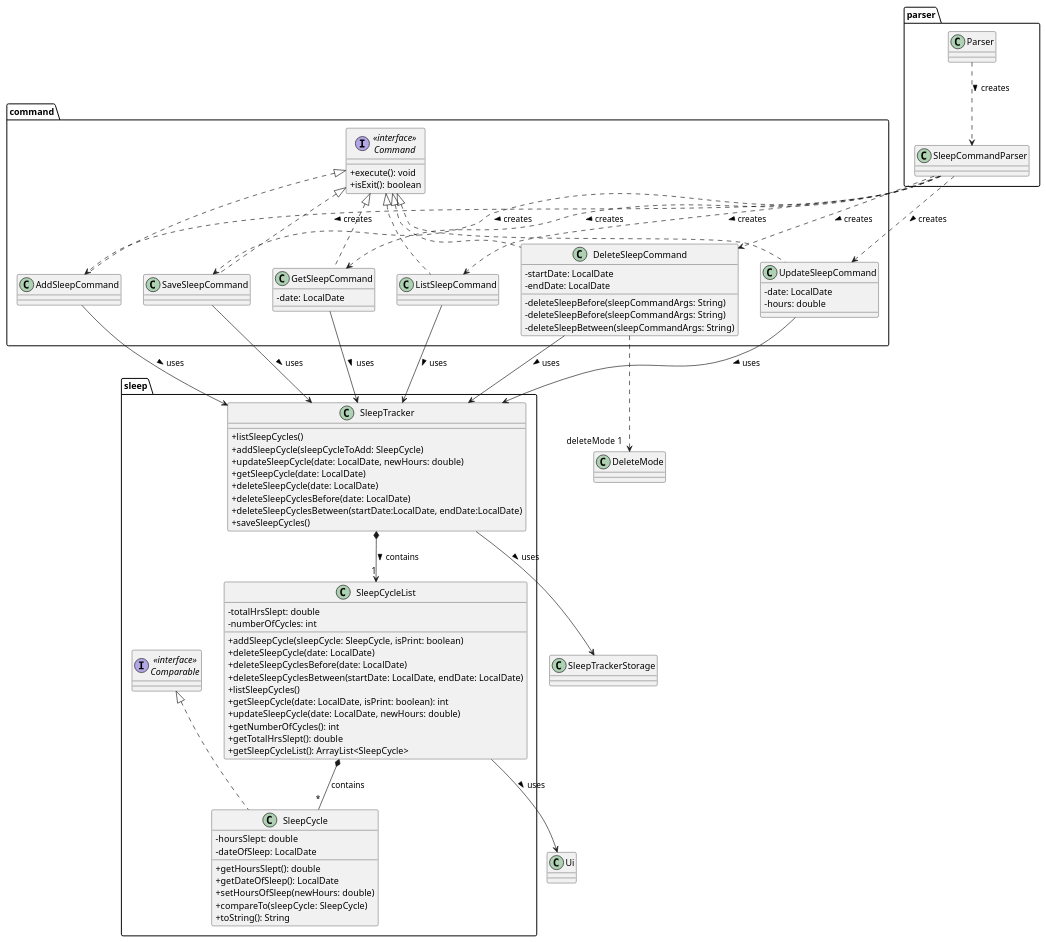
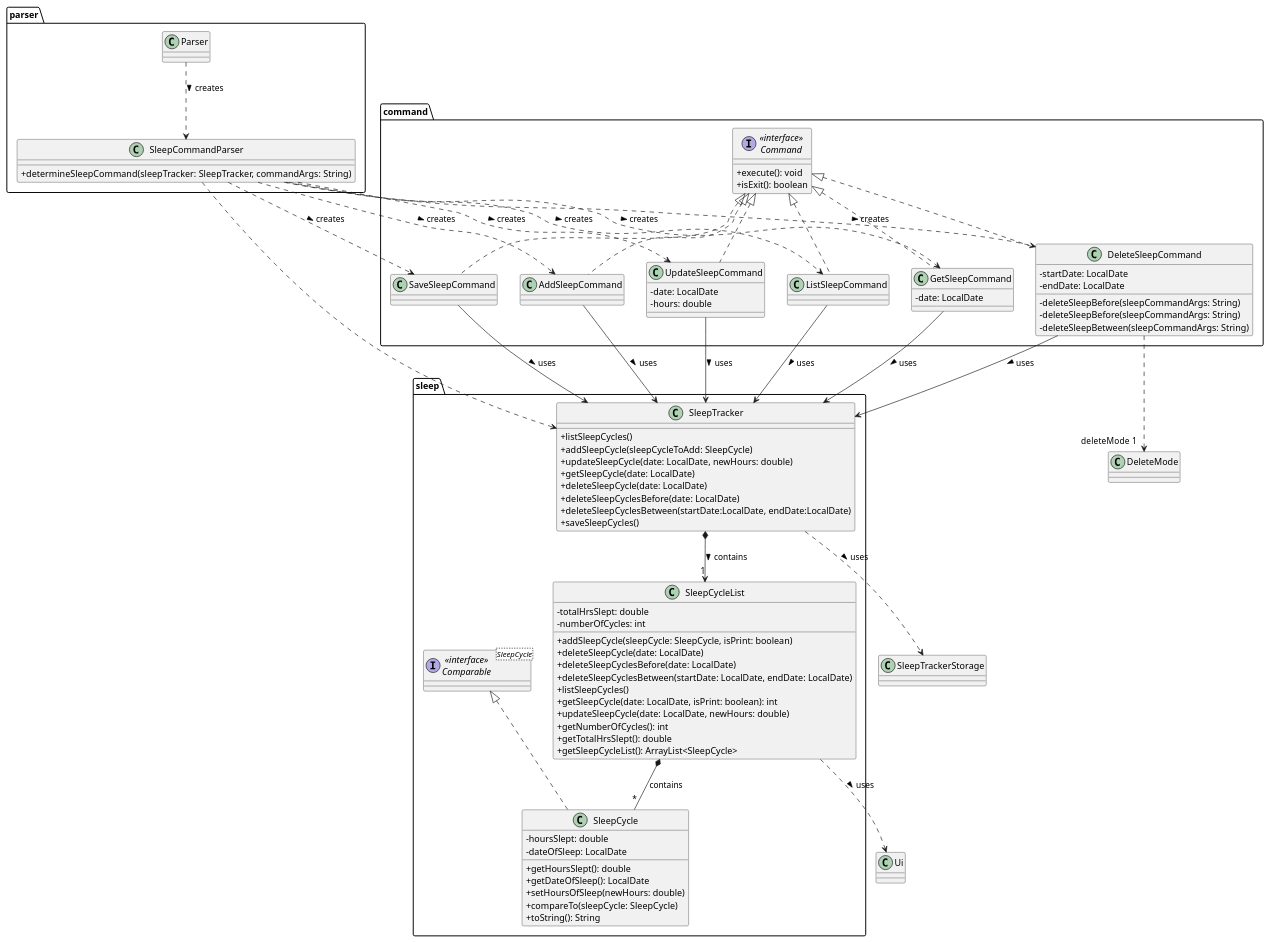
Before and after one commit to AY2324S2-CS2113-T11-1/tp: the diagram in docs/diagrams/sleep/Sleep.puml, drawn with PlantUML. The commit also changed 7 other files, not shown here.

```diff
--- a/docs/diagrams/sleep/Sleep.puml
+++ b/docs/diagrams/sleep/Sleep.puml
@@ -1,123 +1,126 @@
 @startuml
 'https://plantuml.com/sequence-diagram
 
 skinparam classAttributeIconSize 0
 
 package parser {
     class SleepCommandParser {
+
+    +determineSleepCommand(sleepTracker: SleepTracker, commandArgs: String)
     }
 
     class Parser {
     }
 }
 
 package command {
     interface "<<interface>>\nCommand" as Command {
                 + execute(): void
                 + isExit(): boolean
     }
 
     class AddSleepCommand implements Command {
     }
 
     class DeleteSleepCommand implements Command {
         - startDate: LocalDate
         - endDate: LocalDate
 
         - deleteSleepBefore(sleepCommandArgs: String)
         - deleteSleepBefore(sleepCommandArgs: String)
         - deleteSleepBetween(sleepCommandArgs: String)
     }
 
     class GetSleepCommand implements Command {
         -  date: LocalDate
     }
 
     class ListSleepCommand implements Command {
     }
 
     class SaveSleepCommand implements Command {
     }
 
     class UpdateSleepCommand implements Command {
         - date: LocalDate
         - hours: double
     }
 }
 
 package sleep {
-    interface "<<interface>>\nComparable" as Comparable {
+    interface "<<interface>>\nComparable" as Comparable<SleepCycle> {
     }
 
-    class SleepCycle implements Comparable{
+    class SleepCycle implements Comparable {
         - hoursSlept: double
         - dateOfSleep: LocalDate
 
         + getHoursSlept(): double
         + getDateOfSleep(): LocalDate
         + setHoursOfSleep(newHours: double)
         + compareTo(sleepCycle: SleepCycle)
         +toString(): String
     }
 
     class SleepCycleList {
         - totalHrsSlept: double
         - numberOfCycles: int
 
         +addSleepCycle(sleepCycle: SleepCycle, isPrint: boolean)
         +deleteSleepCycle(date: LocalDate)
         +deleteSleepCyclesBefore(date: LocalDate)
         +deleteSleepCyclesBetween(startDate: LocalDate, endDate: LocalDate)
         +listSleepCycles()
         +getSleepCycle(date: LocalDate, isPrint: boolean): int
         +updateSleepCycle(date: LocalDate, newHours: double)
         +getNumberOfCycles(): int
         +getTotalHrsSlept(): double
         +getSleepCycleList(): ArrayList<SleepCycle>
 
     }
 
     class SleepTracker {
         +listSleepCycles()
         +addSleepCycle(sleepCycleToAdd: SleepCycle)
         +updateSleepCycle(date: LocalDate, newHours: double)
         +getSleepCycle(date: LocalDate)
         +deleteSleepCycle(date: LocalDate)
         +deleteSleepCyclesBefore(date: LocalDate)
         +deleteSleepCyclesBetween(startDate:LocalDate, endDate:LocalDate)
         +saveSleepCycles()
     }
 }
 
 
 class SleepTrackerStorage {
 }
 
 class Ui {
 }
 
 Parser ..> SleepCommandParser: creates >
 
 SleepCommandParser .DOWN.> AddSleepCommand : creates >
 SleepCommandParser .DOWN.> DeleteSleepCommand : creates >
 SleepCommandParser .DOWN.> ListSleepCommand : creates >
 SleepCommandParser .DOWN.> SaveSleepCommand : creates >
 SleepCommandParser .DOWN.> UpdateSleepCommand : creates >
 SleepCommandParser .DOWN.> GetSleepCommand : creates >
+SleepCommandParser ..> SleepTracker
 
 AddSleepCommand --> SleepTracker : uses >
 DeleteSleepCommand --> SleepTracker : uses >
 DeleteSleepCommand ..> "deleteMode  1" DeleteMode
 GetSleepCommand --> SleepTracker : uses >
 ListSleepCommand --> SleepTracker : uses >
 SaveSleepCommand --> SleepTracker : uses >
 UpdateSleepCommand --> SleepTracker : uses >
 
 
-SleepCycleList --> Ui : uses >
+SleepCycleList ..> Ui : uses >
 SleepTracker *--> "1" SleepCycleList: contains >
-SleepTracker --> SleepTrackerStorage : uses >
+SleepTracker ..> SleepTrackerStorage : uses >
 
 SleepCycleList *-- "*" SleepCycle : contains
 
 @enduml
```
